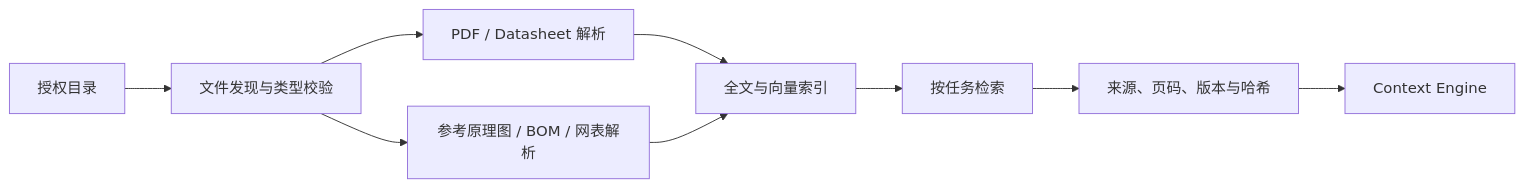
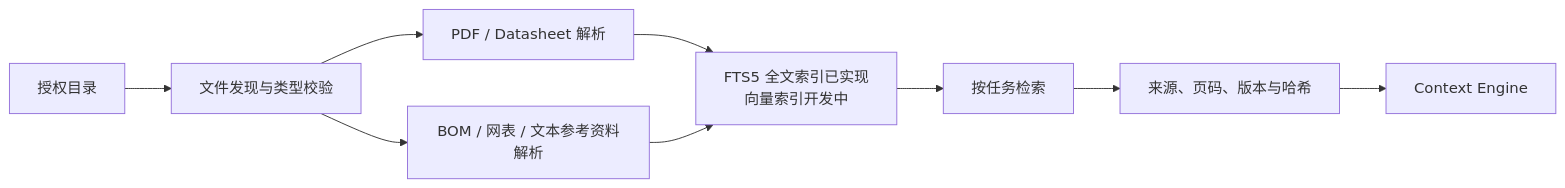
The seventh of 7 diagrams in docs/current-architecture.md (ferren/JLCircuit-Agent), drawn with Mermaid before and after one commit. The commit also changed other lines of this file and 12 other files, not shown here.

````diff
--- a/docs/current-architecture.md
+++ b/docs/current-architecture.md
@@ -862,11 +918,11 @@
 ```mermaid
 flowchart LR
     AUTHDIR[授权目录] --> INGEST[文件发现与类型校验]
     INGEST --> PDF[PDF / Datasheet 解析]
-    INGEST --> DESIGN[参考原理图 / BOM / 网表解析]
-    PDF --> INDEX[全文与向量索引]
+    INGEST --> DESIGN[BOM / 网表 / 文本参考资料解析]
+    PDF --> INDEX[FTS5 全文索引已实现<br/>向量索引开发中]
     DESIGN --> INDEX
     INDEX --> RETRIEVE[按任务检索]
     RETRIEVE --> CITATION[来源、页码、版本与哈希]
     CITATION --> CONTEXT[Context Engine]
 ```
````
